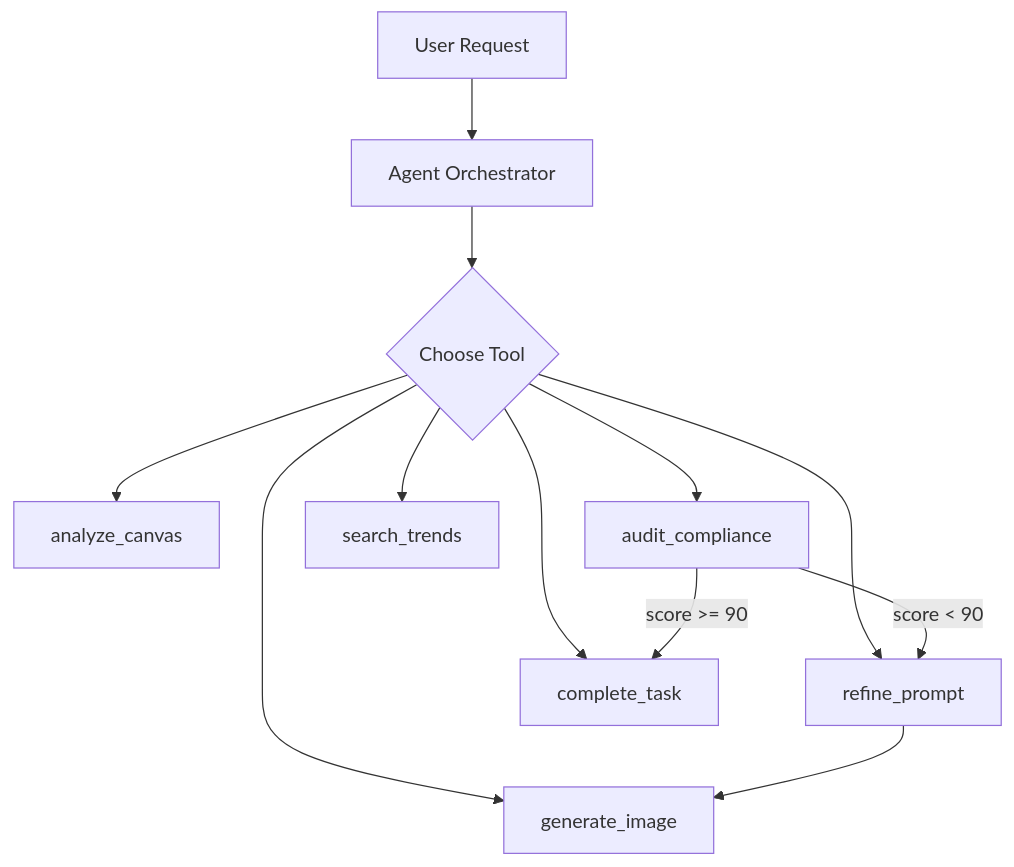
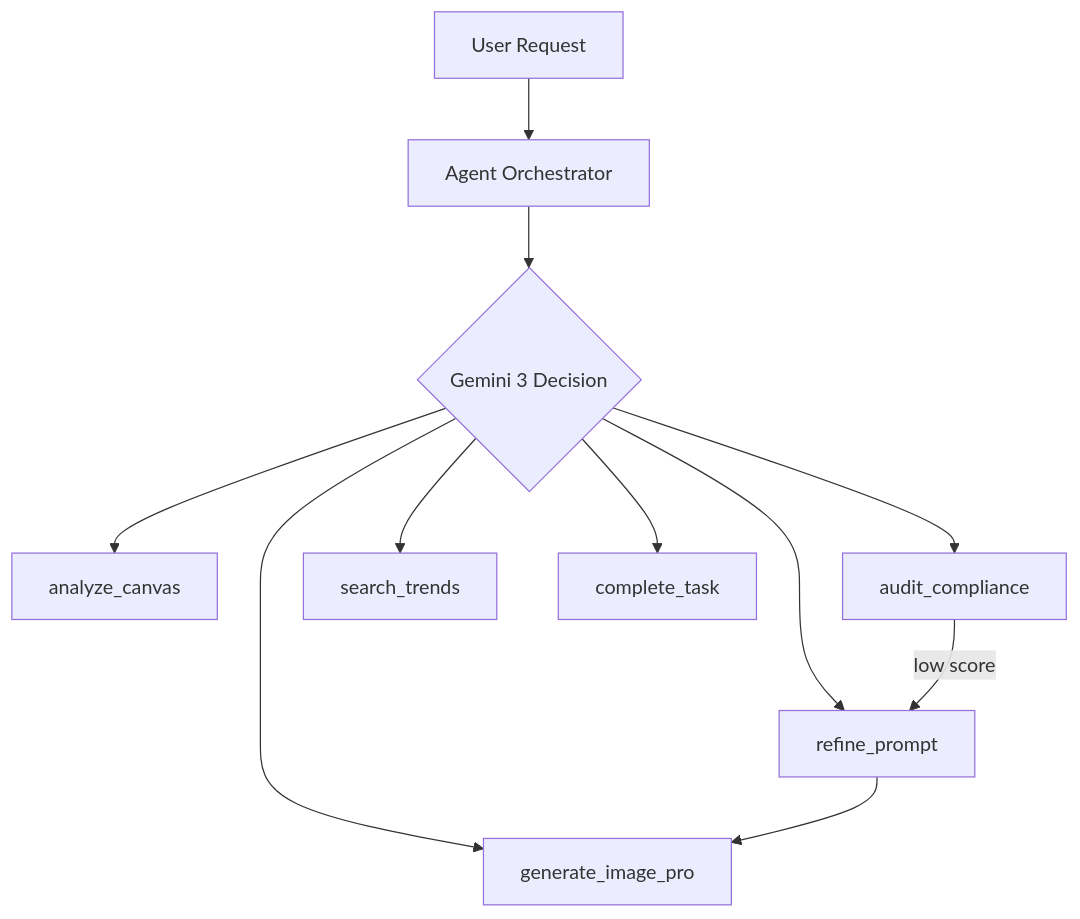
The diagram in PRODUCT_REQUIREMENTS_DOCUMENT.md (Zhav1/sentient-studio), drawn with Mermaid before and after one commit. The commit also changed other lines of this file and 3 other files, not shown here.

````diff
--- a/PRODUCT_REQUIREMENTS_DOCUMENT.md
+++ b/PRODUCT_REQUIREMENTS_DOCUMENT.md
@@ -34,14 +33,13 @@
 ```mermaid
 graph TD
     A[User Request] --> B[Agent Orchestrator]
-    B --> C{Choose Tool}
+    B --> C{Gemini 3 Decision}
     C --> D[analyze_canvas]
-    C --> E[generate_image]
+    C --> E[generate_image_pro]
     C --> F[audit_compliance]
     C --> G[refine_prompt]
     C --> H[search_trends]
     C --> I[complete_task]
-    F -->|score < 90| G
+    F -->|low score| G
     G --> E
-    F -->|score >= 90| I
 ```
````
